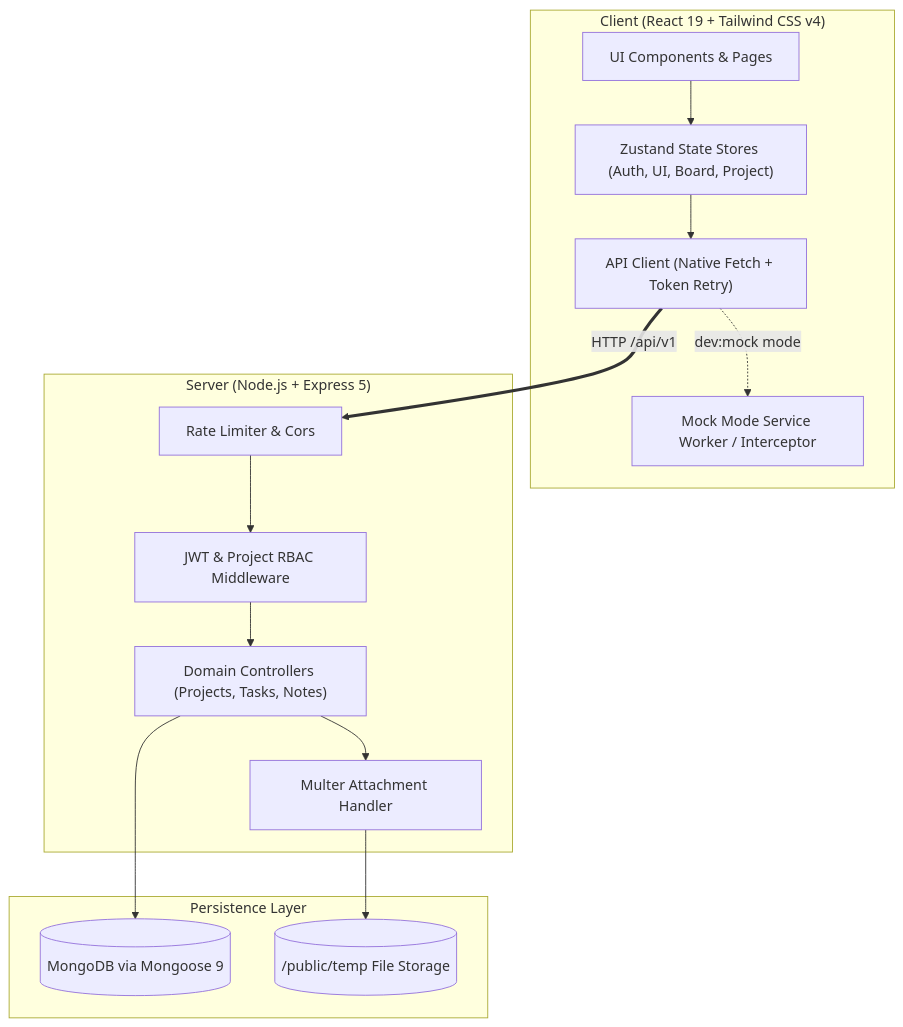
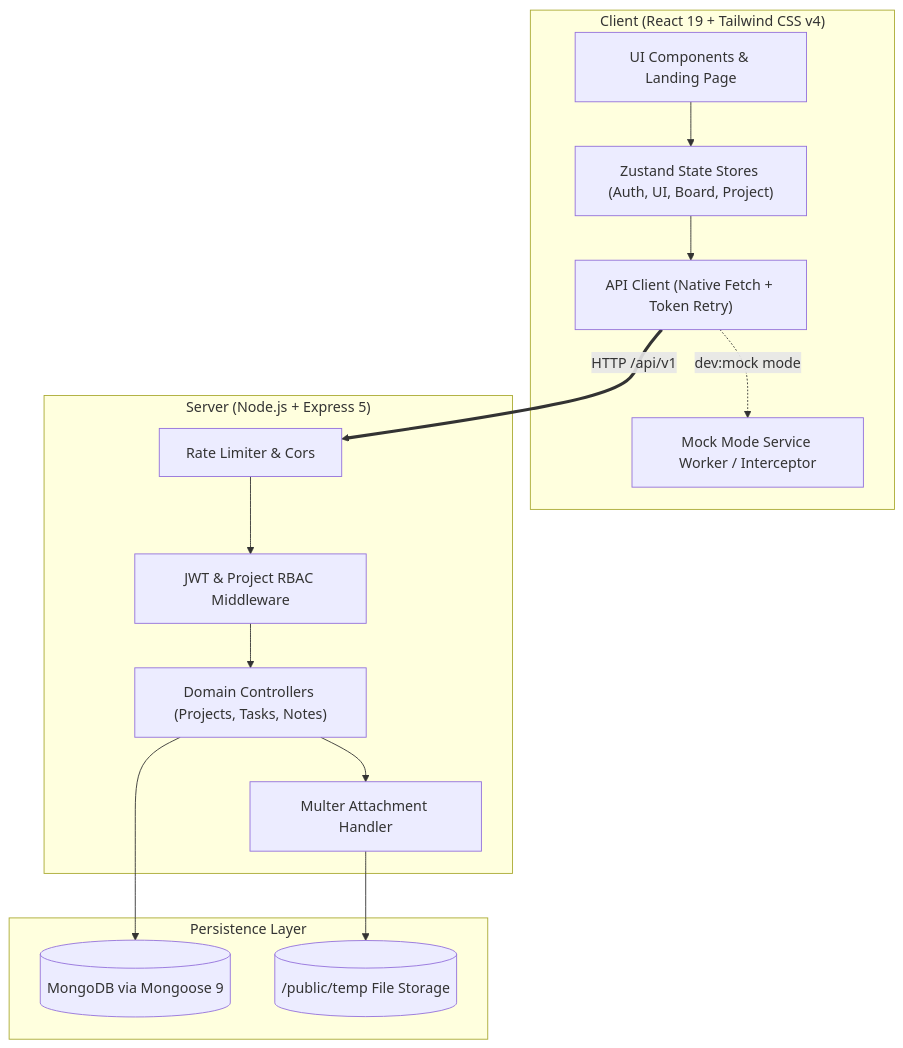
One commit to Mangeshlawande/Task-Management-Platform changed the diagram in README.md. Above: the diagram before and after it, drawn with Mermaid. The commit also changed other lines of this file and 11 other files, not shown here.

````diff
--- a/README.md
+++ b/README.md
@@ -84,31 +209,31 @@
 ```mermaid
 flowchart TD
     subgraph Client ["Client (React 19 + Tailwind CSS v4)"]
-        UI["UI Components & Pages"]
+        UI["UI Components & Landing Page"]
         Store["Zustand State Stores (Auth, UI, Board, Project)"]
         APIClient["API Client (Native Fetch + Token Retry)"]
         MockAPI["Mock Mode Service Worker / Interceptor"]
     end
 
     subgraph Server ["Server (Node.js + Express 5)"]
         RateLimit["Rate Limiter & Cors"]
         AuthMiddleware["JWT & Project RBAC Middleware"]
         Controllers["Domain Controllers (Projects, Tasks, Notes)"]
         Multer["Multer Attachment Handler"]
     end
 
     subgraph Data ["Persistence Layer"]
         MongoDB[(MongoDB via Mongoose 9)]
         LocalUploads[("/public/temp File Storage")]
     end
 
     UI --> Store
     Store --> APIClient
     APIClient -. "dev:mock mode" .-> MockAPI
     APIClient == "HTTP /api/v1" ==> RateLimit
     RateLimit --> AuthMiddleware
     AuthMiddleware --> Controllers
     Controllers --> Multer
     Multer --> LocalUploads
     Controllers --> MongoDB
 ```
````
